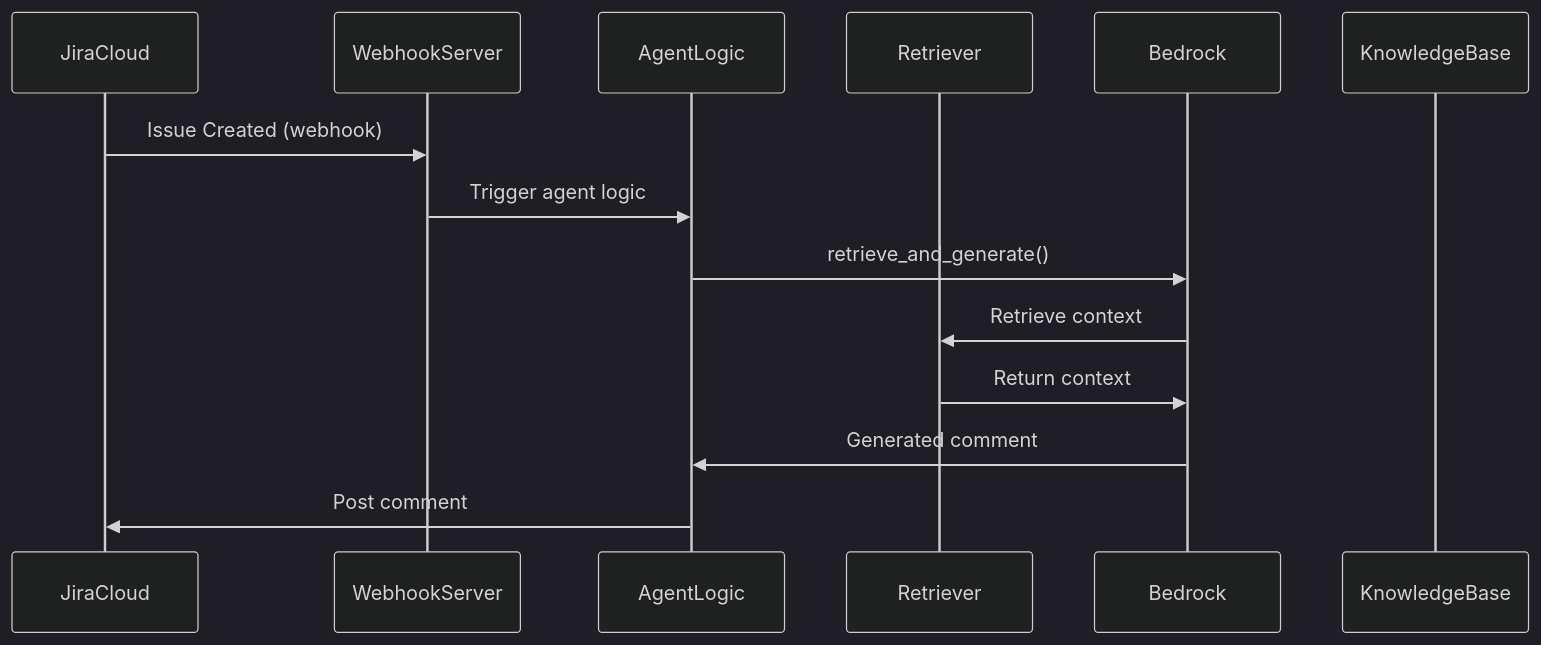
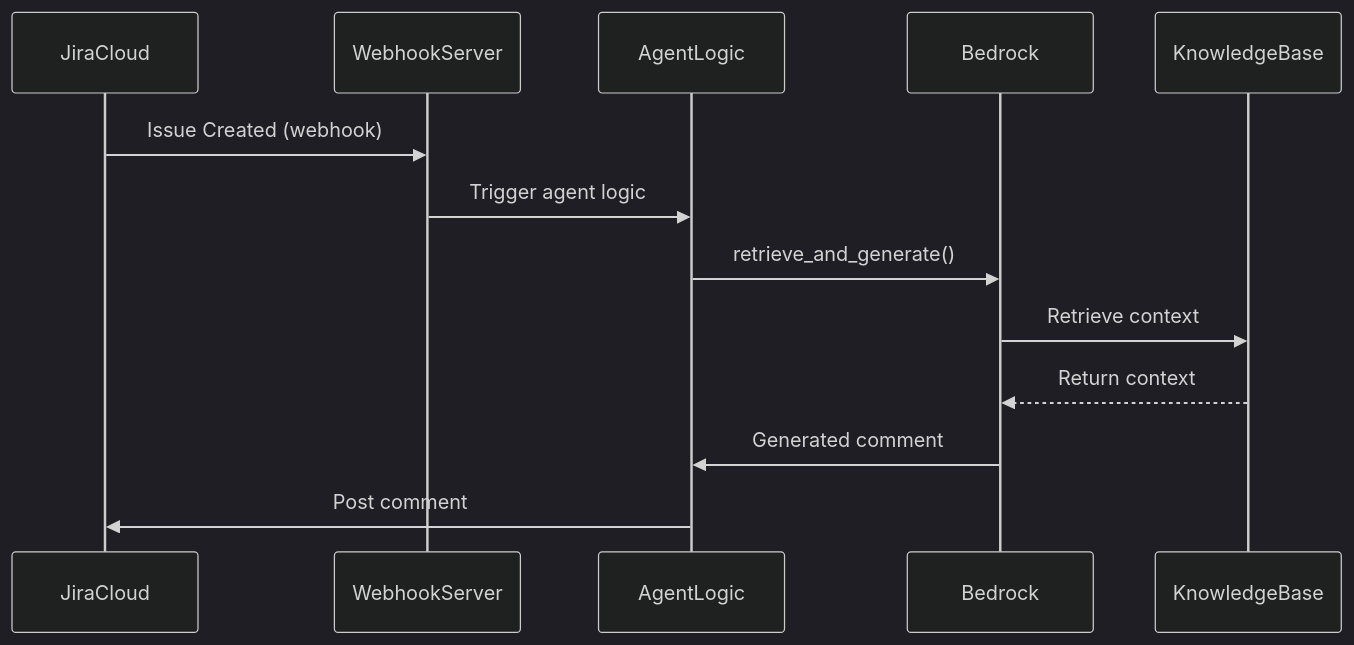
The second of 2 diagrams in README.md (AgnesYYQ/jira-rag-assistant), drawn with Mermaid (dark theme) before and after one commit. The commit also changed other lines of this file and 1 other file, not shown here.

````diff
--- a/README.md
+++ b/README.md
@@ -38,16 +59,15 @@
 ```mermaid
 sequenceDiagram
   participant Jira as JiraCloud
   participant Webhook as WebhookServer
   participant Agent as AgentLogic
-  participant Retriever
   participant Bedrock
   participant KnowledgeBase
   Jira->>Webhook: Issue Created (webhook)
   Webhook->>Agent: Trigger agent logic
   Agent->>Bedrock: retrieve_and_generate()
-  Bedrock->>Retriever: Retrieve context
-  Retriever->>Bedrock: Return context
+  Bedrock->>KnowledgeBase: Retrieve context
+  KnowledgeBase-->>Bedrock: Return context
   Bedrock->>Agent: Generated comment
   Agent->>Jira: Post comment
 ```
````
